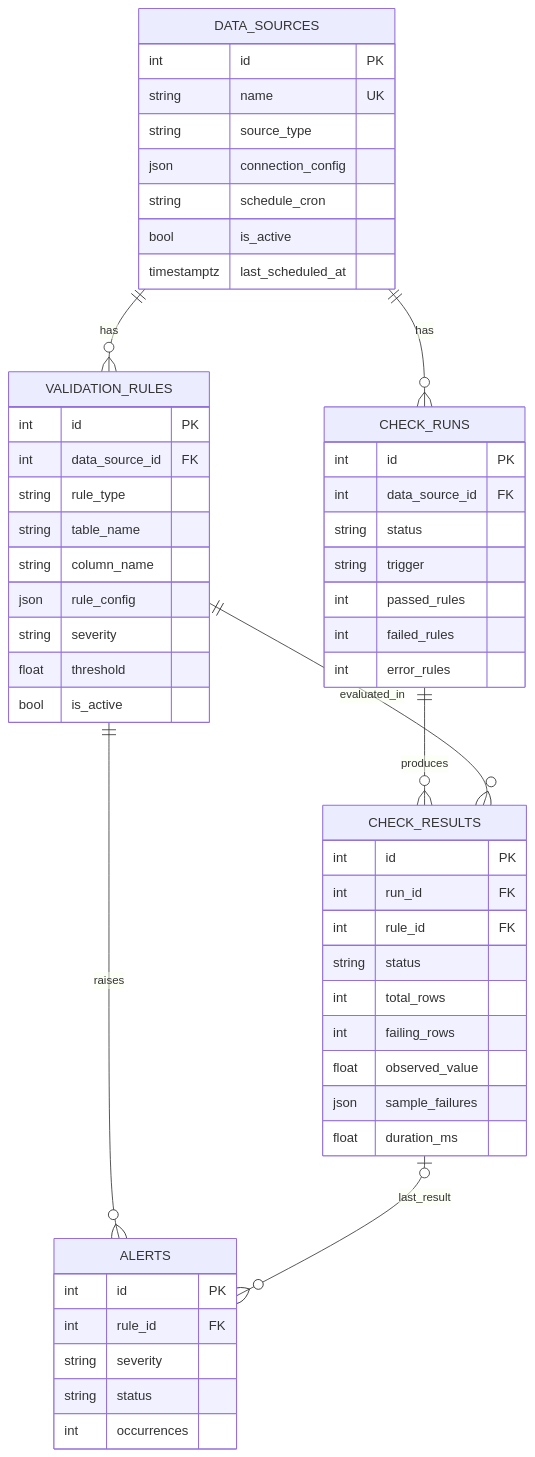
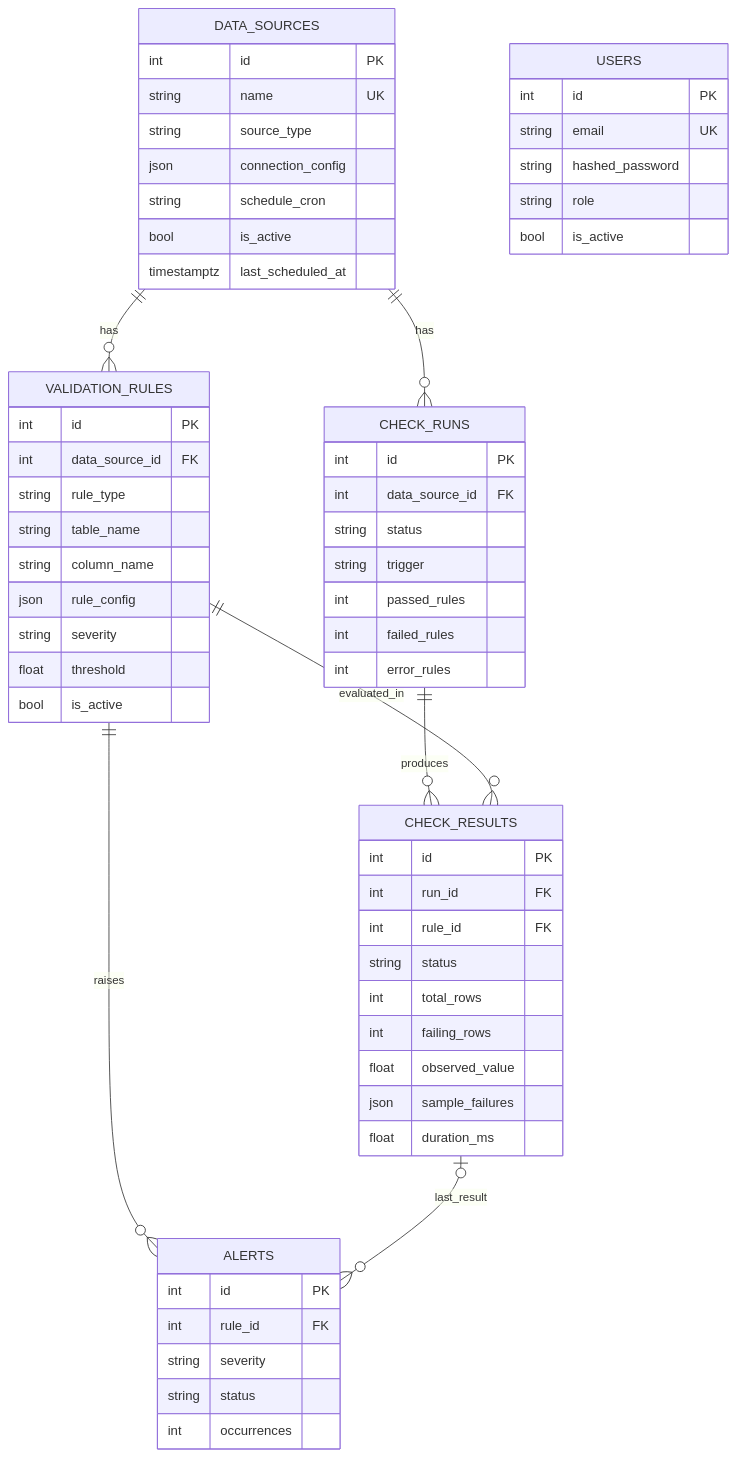
One commit to kumardaniel/dq-monitor changed the third of 4 diagrams in docs/ARCHITECTURE.md. Above: the diagram before and after it, drawn with Mermaid. The commit also changed other lines of this file and 38 other files, not shown here.

````diff
--- a/docs/ARCHITECTURE.md
+++ b/docs/ARCHITECTURE.md
@@ -71,57 +79,65 @@
 ```mermaid
 erDiagram
     DATA_SOURCES ||--o{ VALIDATION_RULES : has
     DATA_SOURCES ||--o{ CHECK_RUNS : has
     CHECK_RUNS ||--o{ CHECK_RESULTS : produces
     VALIDATION_RULES ||--o{ CHECK_RESULTS : evaluated_in
     VALIDATION_RULES ||--o{ ALERTS : raises
     CHECK_RESULTS |o--o{ ALERTS : last_result
+
+    USERS {
+        int id PK
+        string email UK
+        string hashed_password
+        string role
+        bool is_active
+    }
 
     DATA_SOURCES {
         int id PK
         string name UK
         string source_type
         json connection_config
         string schedule_cron
         bool is_active
         timestamptz last_scheduled_at
     }
     VALIDATION_RULES {
         int id PK
         int data_source_id FK
         string rule_type
         string table_name
         string column_name
         json rule_config
         string severity
         float threshold
         bool is_active
     }
     CHECK_RUNS {
         int id PK
         int data_source_id FK
         string status
         string trigger
         int passed_rules
         int failed_rules
         int error_rules
     }
     CHECK_RESULTS {
         int id PK
         int run_id FK
         int rule_id FK
         string status
         int total_rows
         int failing_rows
         float observed_value
         json sample_failures
         float duration_ms
     }
     ALERTS {
         int id PK
         int rule_id FK
         string severity
         string status
         int occurrences
     }
 ```
````
